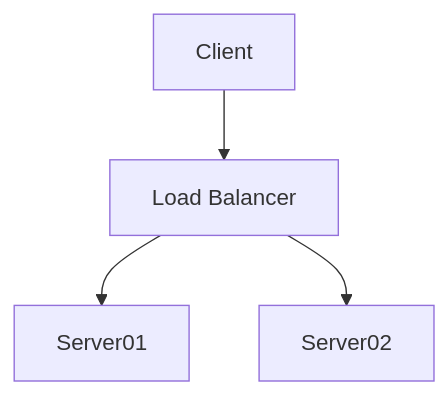
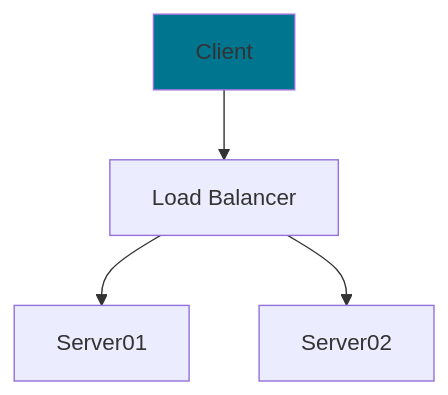
One commit to vaido-world/.github changed the diagram in profile/README.md. Above: the diagram before and after it, drawn with Mermaid.

````diff
--- a/profile/README.md
+++ b/profile/README.md
@@ -20,7 +20,8 @@
 ```mermaid
 graph TD
   A[Client] --> B[Load Balancer]
   B --> C[Server01]
   B --> D[Server02]
   click A "http://www.github.com" "This is a link"
+  style A fill:#00758f
 ```
````
